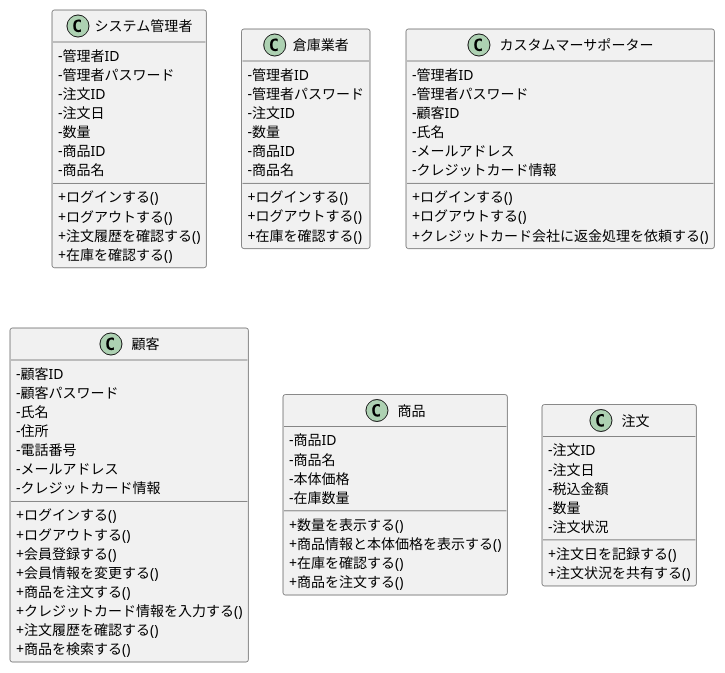
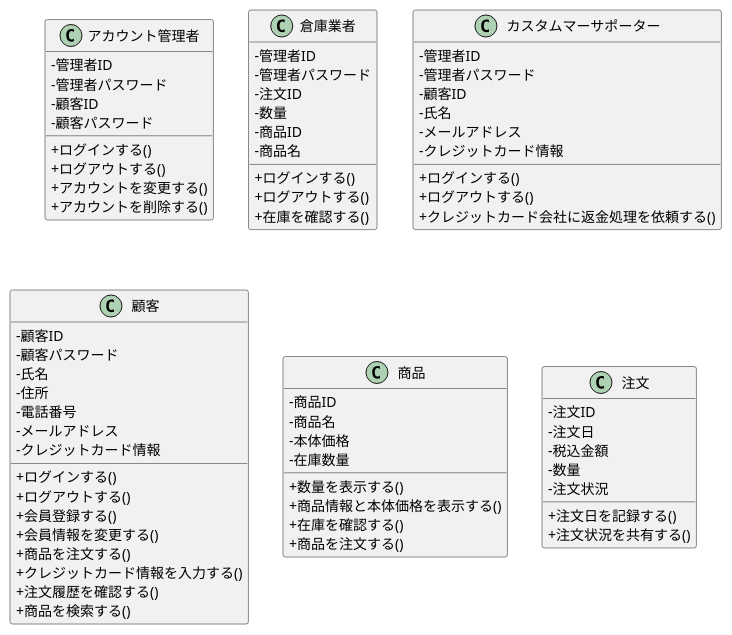
Before and after one commit to ko246/ohara_uml: the diagram in group/3-3_総合演習1_BBショップ注文管理システム/クラス図/class.pu, drawn with PlantUML. The commit also changed 2 other files, not shown here.

Commit message:
クラス図（仮）ドメインモデル図、ユースケース図変更

```diff
--- a/group/3-3_総合演習1_BBショップ注文管理システム/クラス図/class.pu
+++ b/group/3-3_総合演習1_BBショップ注文管理システム/クラス図/class.pu
@@ -1,104 +1,101 @@
 @startuml BBショップシステム_クラス図
 
 skinparam classAttributeIconSize 0
-class システム管理者 {
+class アカウント管理者 {
     '属性
     -管理者ID
     -管理者パスワード
-    -注文ID
-    -注文日
-    -数量
-    -商品ID
-    -商品名
+    -顧客ID
+    -顧客パスワード
 
     '操作
     +ログインする()
     +ログアウトする()
-    +注文履歴を確認する()
-    +在庫を確認する()
+    +アカウントを変更する()
+    +アカウントを削除する()
 }
 
 skinparam classAttributeIconSize 0
 class 倉庫業者 {
     '属性
     -管理者ID
     -管理者パスワード
     -注文ID
     -数量
     -商品ID
     -商品名
 
     '操作
     +ログインする()
     +ログアウトする()
     +在庫を確認する()
 }
 
 skinparam classAttributeIconSize 0
 class カスタムマーサポーター {
     '属性
     -管理者ID
     -管理者パスワード
     -顧客ID
     -氏名
     -メールアドレス
     -クレジットカード情報
 
     '操作
     +ログインする()
     +ログアウトする()
     +クレジットカード会社に返金処理を依頼する()
 }
 
 skinparam classAttributeIconSize 0
 class 顧客 {
     '属性
     -顧客ID
     -顧客パスワード
     -氏名
     -住所
     -電話番号
     -メールアドレス
     -クレジットカード情報
 
     '操作
     +ログインする()
     +ログアウトする()
     +会員登録する()
     +会員情報を変更する()
     +商品を注文する()
     +クレジットカード情報を入力する()
     +注文履歴を確認する()
     +商品を検索する()
 }
 
 skinparam classAttributeIconSize 0
 class 商品 {
     '属性
     -商品ID
     -商品名
     -本体価格
     -在庫数量
 
     '操作
     +数量を表示する()
     +商品情報と本体価格を表示する()
     +在庫を確認する()
     +商品を注文する()
 }
 
 skinparam classAttributeIconSize 0
 class 注文 {
     '属性
     -注文ID
     -注文日
     -税込金額
     -数量
     -注文状況
 
     '操作
     +注文日を記録する()
     +注文状況を共有する()
 }
 
 @enduml
```
